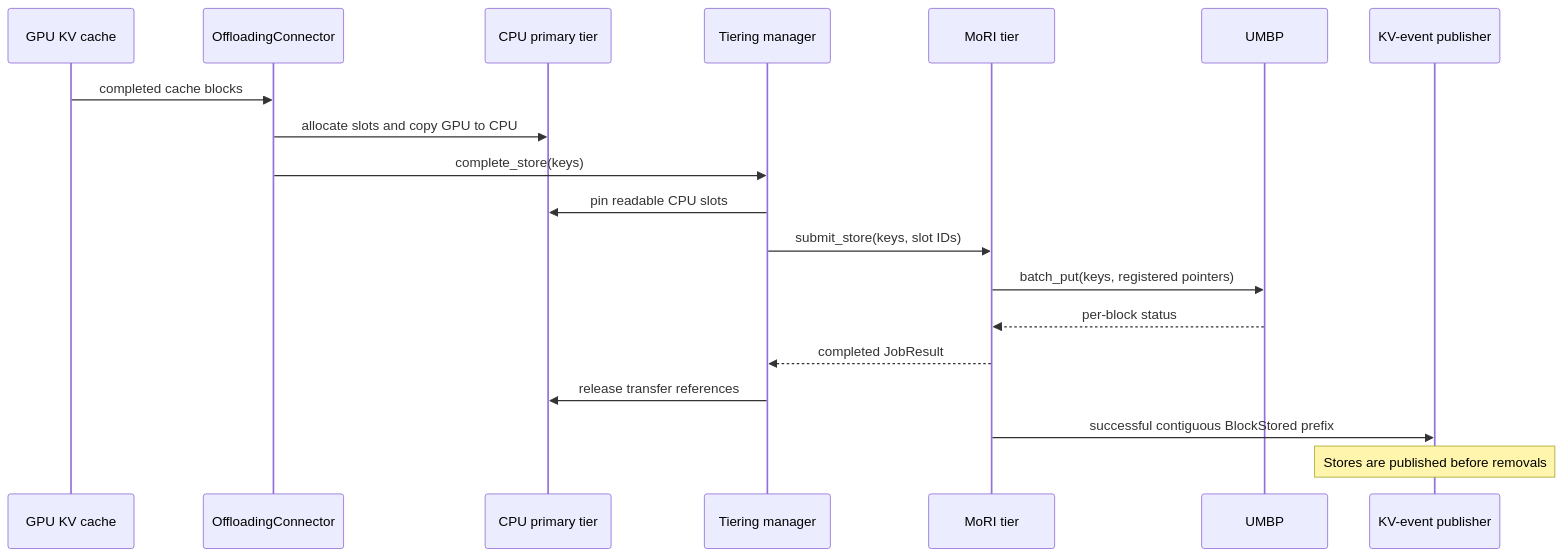
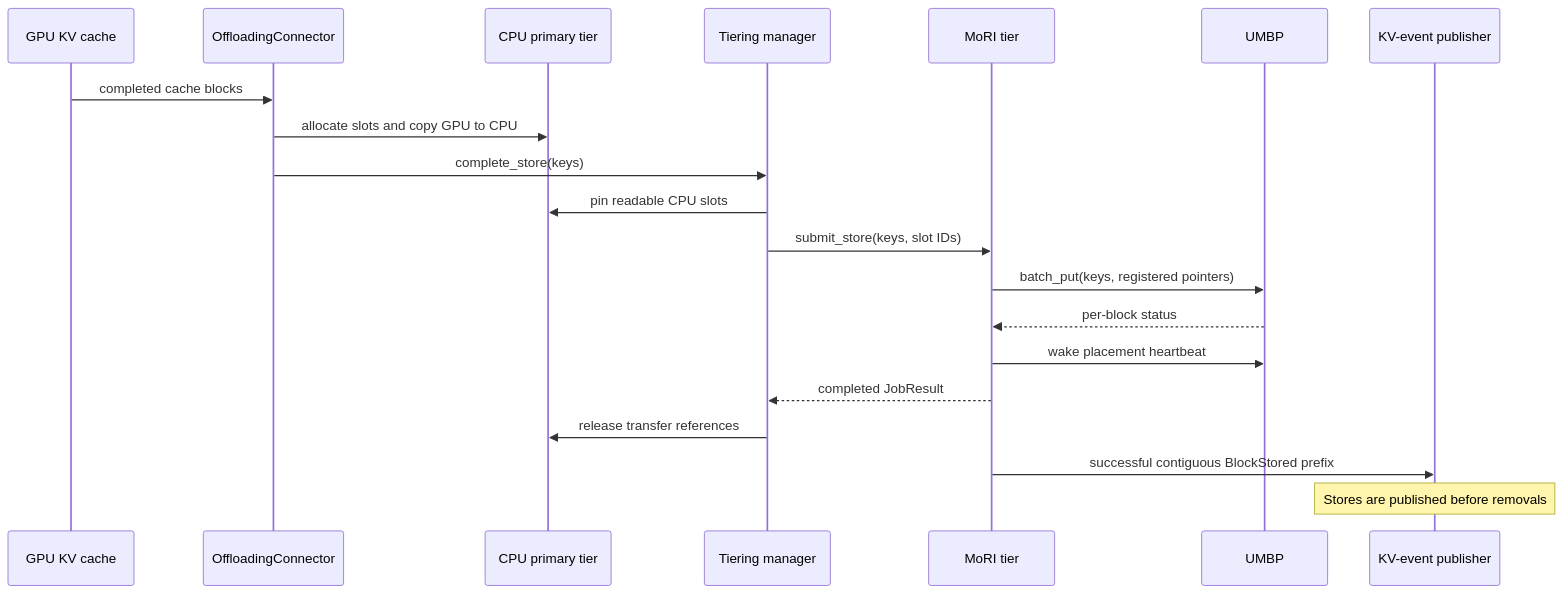
One commit to EmbeddedLLM/vllm changed the fourth of 6 diagrams in docs/design/umbp_architecture.md. Above: the diagram before and after it, drawn with Mermaid. The commit also changed other lines of this file and 2 other files, not shown here.

Commit message:
docs(umbp): record physical placement integration

````diff
--- a/docs/design/umbp_architecture.md
+++ b/docs/design/umbp_architecture.md
@@ -183,22 +204,23 @@
 ```mermaid
 sequenceDiagram
     participant GPU as GPU KV cache
     participant OC as OffloadingConnector
     participant CPU as CPU primary tier
     participant TM as Tiering manager
     participant MT as MoRI tier
     participant U as UMBP
     participant EV as KV-event publisher
 
     GPU->>OC: completed cache blocks
     OC->>CPU: allocate slots and copy GPU to CPU
     OC->>TM: complete_store(keys)
     TM->>CPU: pin readable CPU slots
     TM->>MT: submit_store(keys, slot IDs)
     MT->>U: batch_put(keys, registered pointers)
     U-->>MT: per-block status
+    MT->>U: wake placement heartbeat
     MT-->>TM: completed JobResult
     TM->>CPU: release transfer references
     MT->>EV: successful contiguous BlockStored prefix
     Note over EV: Stores are published before removals
 ```
````
